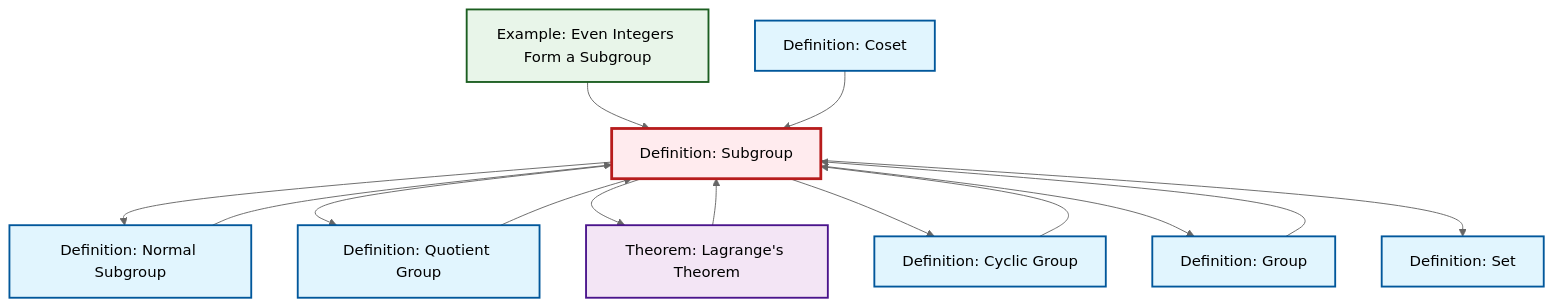
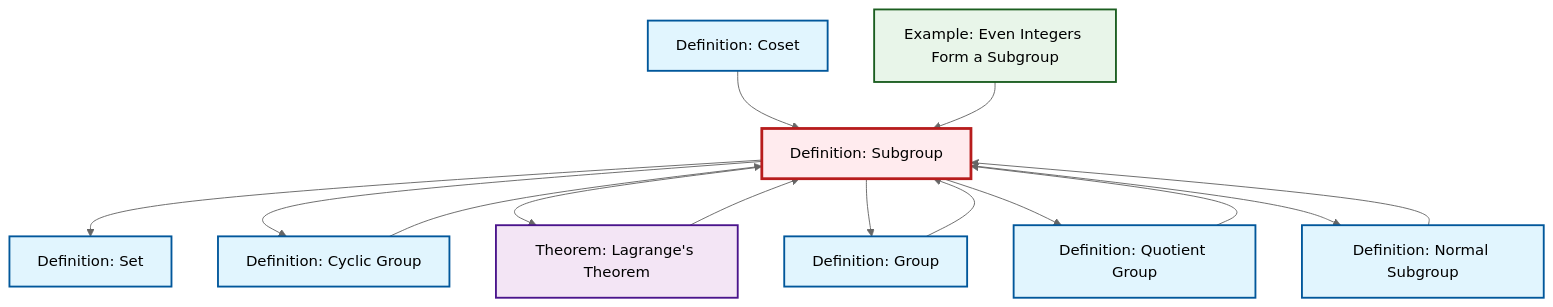
Before and after one commit to RK0429/ModernMath: the diagram in content/ja/algebra/def-subgroup.qmd, drawn with Mermaid (neutral theme). The commit also changed other lines of this file and 491 other files, not shown here.

````diff
--- a/content/ja/algebra/def-subgroup.qmd
+++ b/content/ja/algebra/def-subgroup.qmd
@@ -53,40 +53,40 @@
 ```{mermaid}
 %%| fig-cap: "Local dependency graph"
 graph TD
     classDef definition fill:#e1f5fe,stroke:#01579b,stroke-width:2px
     classDef theorem fill:#f3e5f5,stroke:#4a148c,stroke-width:2px
     classDef axiom fill:#fff3e0,stroke:#e65100,stroke-width:2px
     classDef example fill:#e8f5e9,stroke:#1b5e20,stroke-width:2px
     classDef current fill:#ffebee,stroke:#b71c1c,stroke-width:3px
+    ex-even-integers-subgroup["Example: Even Integers Form a Subgroup"]:::example
+    def-cyclic-group["Definition: Cyclic Group"]:::definition
+    def-normal-subgroup["Definition: Normal Subgroup"]:::definition
+    def-subgroup["Definition: Subgroup"]:::definition
+    def-coset["Definition: Coset"]:::definition
+    def-group["Definition: Group"]:::definition
+    thm-lagrange["Theorem: Lagrange's Theorem"]:::theorem
     def-set["Definition: Set"]:::definition
-    def-subgroup["Definition: Subgroup"]:::definition
-    def-group["Definition: Group"]:::definition
-    def-cyclic-group["Definition: Cyclic Group"]:::definition
-    thm-lagrange["Theorem: Lagrange's Theorem"]:::theorem
-    ex-even-integers-subgroup["Example: Even Integers Form a Subgroup"]:::example
-    def-coset["Definition: Coset"]:::definition
-    def-normal-subgroup["Definition: Normal Subgroup"]:::definition
     def-quotient-group["Definition: Quotient Group"]:::definition
+    def-subgroup --> def-set
+    def-quotient-group --> def-subgroup
+    def-normal-subgroup --> def-subgroup
+    def-coset --> def-subgroup
+    def-subgroup --> def-cyclic-group
+    def-group --> def-subgroup
+    def-subgroup --> thm-lagrange
+    def-subgroup --> def-group
+    def-subgroup --> def-quotient-group
+    thm-lagrange --> def-subgroup
+    def-cyclic-group --> def-subgroup
+    def-subgroup --> def-normal-subgroup
     ex-even-integers-subgroup --> def-subgroup
-    def-subgroup --> def-normal-subgroup
-    def-subgroup --> def-quotient-group
-    def-normal-subgroup --> def-subgroup
-    def-quotient-group --> def-subgroup
-    def-subgroup --> thm-lagrange
-    def-subgroup --> def-cyclic-group
-    def-coset --> def-subgroup
-    thm-lagrange --> def-subgroup
-    def-group --> def-subgroup
-    def-cyclic-group --> def-subgroup
-    def-subgroup --> def-group
-    def-subgroup --> def-set
     class def-subgroup current
+    click ex-even-integers-subgroup "ex-even-integers-subgroup.html" "Example: Even Integers Form a Subgroupへ"
+    click def-cyclic-group "def-cyclic-group.html" "Definition: Cyclic Groupへ"
+    click def-normal-subgroup "def-normal-subgroup.html" "Definition: Normal Subgroupへ"
+    click def-coset "def-coset.html" "Definition: Cosetへ"
+    click def-group "def-group.html" "Definition: Groupへ"
+    click thm-lagrange "thm-lagrange.html" "Theorem: Lagrange's Theoremへ"
     click def-set "def-set.html" "Definition: Setへ"
-    click def-group "def-group.html" "Definition: Groupへ"
-    click def-cyclic-group "def-cyclic-group.html" "Definition: Cyclic Groupへ"
-    click thm-lagrange "thm-lagrange.html" "Theorem: Lagrange's Theoremへ"
-    click ex-even-integers-subgroup "ex-even-integers-subgroup.html" "Example: Even Integers Form a Subgroupへ"
-    click def-coset "def-coset.html" "Definition: Cosetへ"
-    click def-normal-subgroup "def-normal-subgroup.html" "Definition: Normal Subgroupへ"
     click def-quotient-group "def-quotient-group.html" "Definition: Quotient Groupへ"
 ```
````
